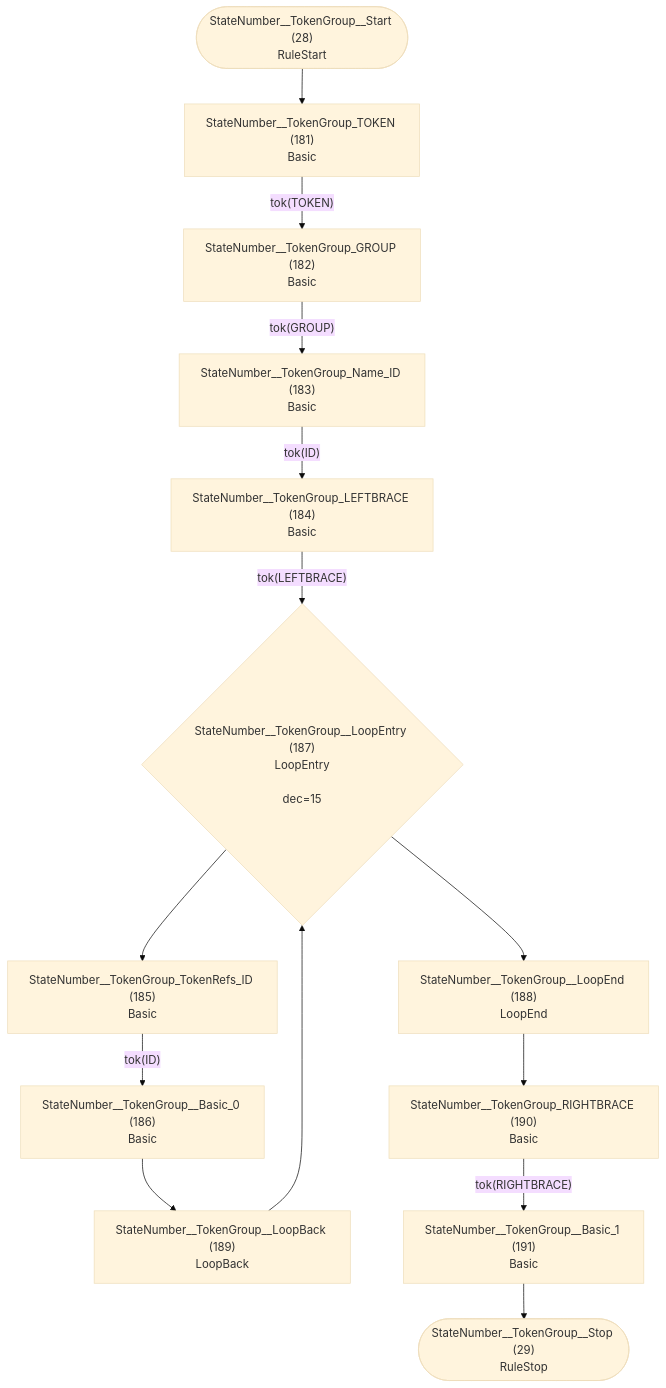
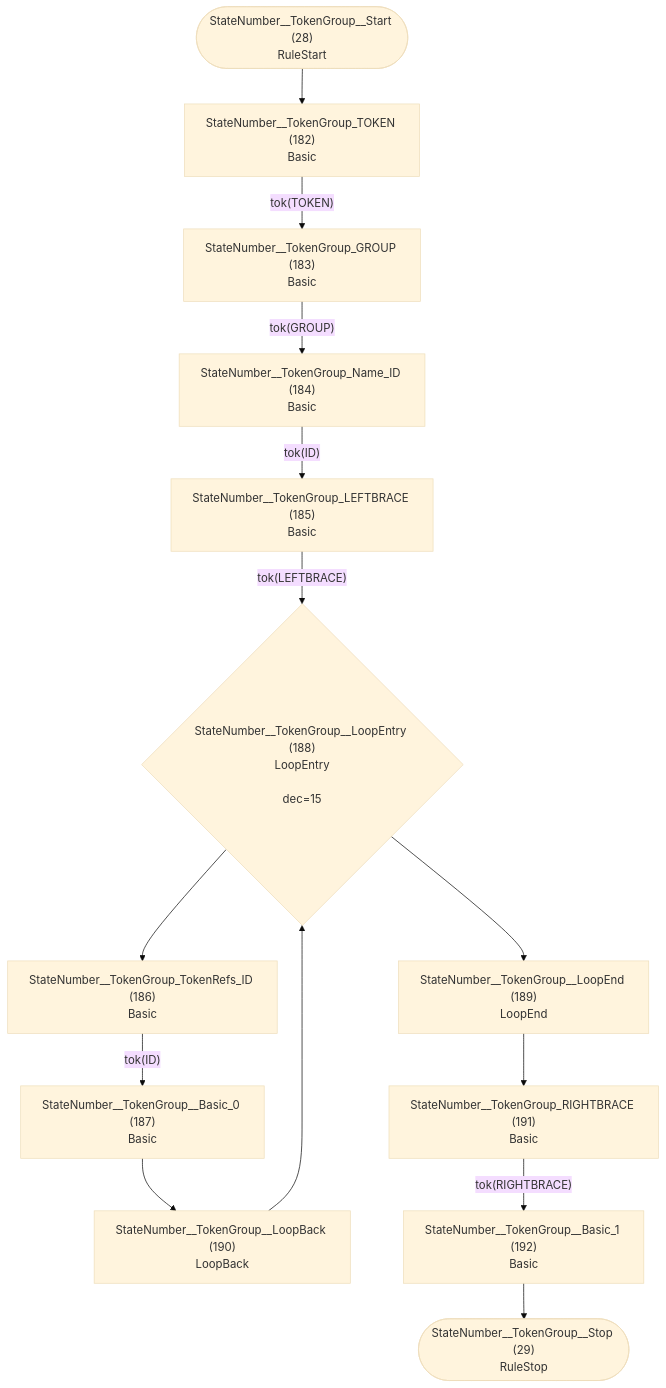
Diagram 15 of 32 in internal/grammar/atn.md (TypeFox/fastbelt), drawn with Mermaid (base theme) before and after one commit. The commit also changed other lines of this file and 6 other files, not shown here.

````diff
--- a/internal/grammar/atn.md
+++ b/internal/grammar/atn.md
@@ -402,30 +404,30 @@
 ```mermaid
 flowchart TD
     q28(["StateNumber__TokenGroup__Start (28)<br/>RuleStart"])
     q29(["StateNumber__TokenGroup__Stop (29)<br/>RuleStop"])
-    q181["StateNumber__TokenGroup_TOKEN (181)<br/>Basic<br/>"]
-    q182["StateNumber__TokenGroup_GROUP (182)<br/>Basic<br/>"]
-    q183["StateNumber__TokenGroup_Name_ID (183)<br/>Basic<br/>"]
-    q184["StateNumber__TokenGroup_LEFTBRACE (184)<br/>Basic<br/>"]
-    q185["StateNumber__TokenGroup_TokenRefs_ID (185)<br/>Basic<br/>"]
-    q186["StateNumber__TokenGroup__Basic_0 (186)<br/>Basic<br/>"]
-    q187{"StateNumber__TokenGroup__LoopEntry (187)<br/>LoopEntry<br/><br/>dec=15"}
-    q188["StateNumber__TokenGroup__LoopEnd (188)<br/>LoopEnd<br/>"]
-    q189["StateNumber__TokenGroup__LoopBack (189)<br/>LoopBack<br/>"]
-    q190["StateNumber__TokenGroup_RIGHTBRACE (190)<br/>Basic<br/>"]
-    q191["StateNumber__TokenGroup__Basic_1 (191)<br/>Basic<br/>"]
+    q182["StateNumber__TokenGroup_TOKEN (182)<br/>Basic<br/>"]
+    q183["StateNumber__TokenGroup_GROUP (183)<br/>Basic<br/>"]
+    q184["StateNumber__TokenGroup_Name_ID (184)<br/>Basic<br/>"]
+    q185["StateNumber__TokenGroup_LEFTBRACE (185)<br/>Basic<br/>"]
+    q186["StateNumber__TokenGroup_TokenRefs_ID (186)<br/>Basic<br/>"]
+    q187["StateNumber__TokenGroup__Basic_0 (187)<br/>Basic<br/>"]
+    q188{"StateNumber__TokenGroup__LoopEntry (188)<br/>LoopEntry<br/><br/>dec=15"}
+    q189["StateNumber__TokenGroup__LoopEnd (189)<br/>LoopEnd<br/>"]
+    q190["StateNumber__TokenGroup__LoopBack (190)<br/>LoopBack<br/>"]
+    q191["StateNumber__TokenGroup_RIGHTBRACE (191)<br/>Basic<br/>"]
+    q192["StateNumber__TokenGroup__Basic_1 (192)<br/>Basic<br/>"]
 
-    q28 --> q181
-    q181 -->|"tok(TOKEN)"| q182
-    q182 -->|"tok(GROUP)"| q183
-    q183 -->|"tok(ID)"| q184
-    q184 -->|"tok(LEFTBRACE)"| q187
-    q185 -->|"tok(ID)"| q186
-    q186 --> q189
-    q187 --> q185
-    q187 --> q188
-    q188 --> q190
-    q189 --> q187
-    q190 -->|"tok(RIGHTBRACE)"| q191
-    q191 --> q29
+    q28 --> q182
+    q182 -->|"tok(TOKEN)"| q183
+    q183 -->|"tok(GROUP)"| q184
+    q184 -->|"tok(ID)"| q185
+    q185 -->|"tok(LEFTBRACE)"| q188
+    q186 -->|"tok(ID)"| q187
+    q187 --> q190
+    q188 --> q186
+    q188 --> q189
+    q189 --> q191
+    q190 --> q188
+    q191 -->|"tok(RIGHTBRACE)"| q192
+    q192 --> q29
 ```
````
